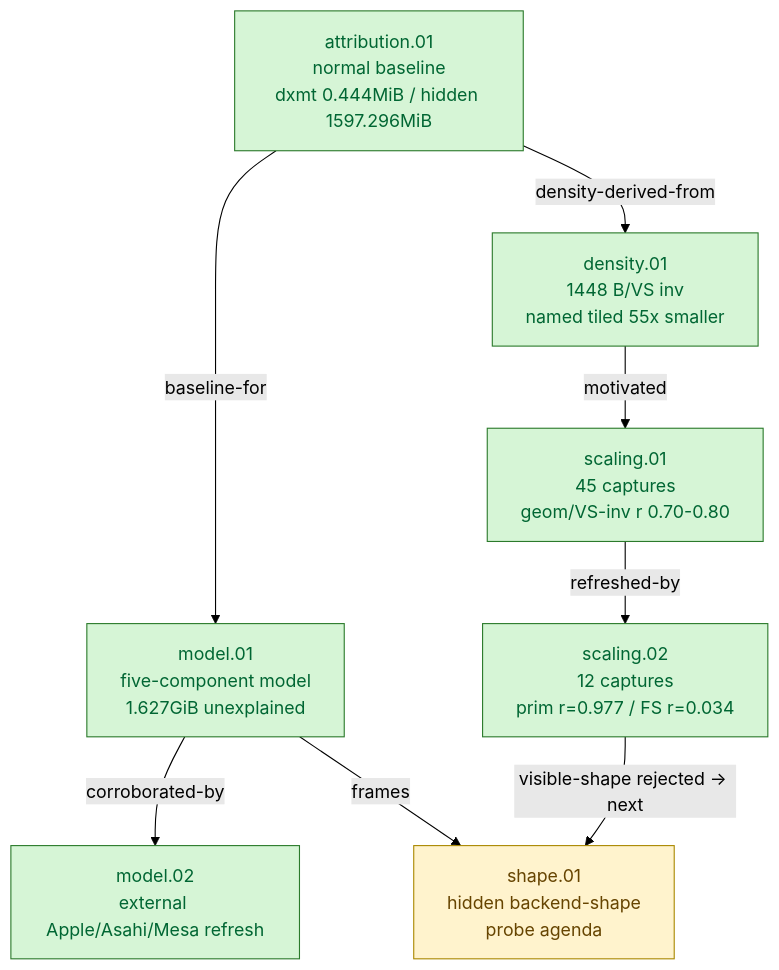
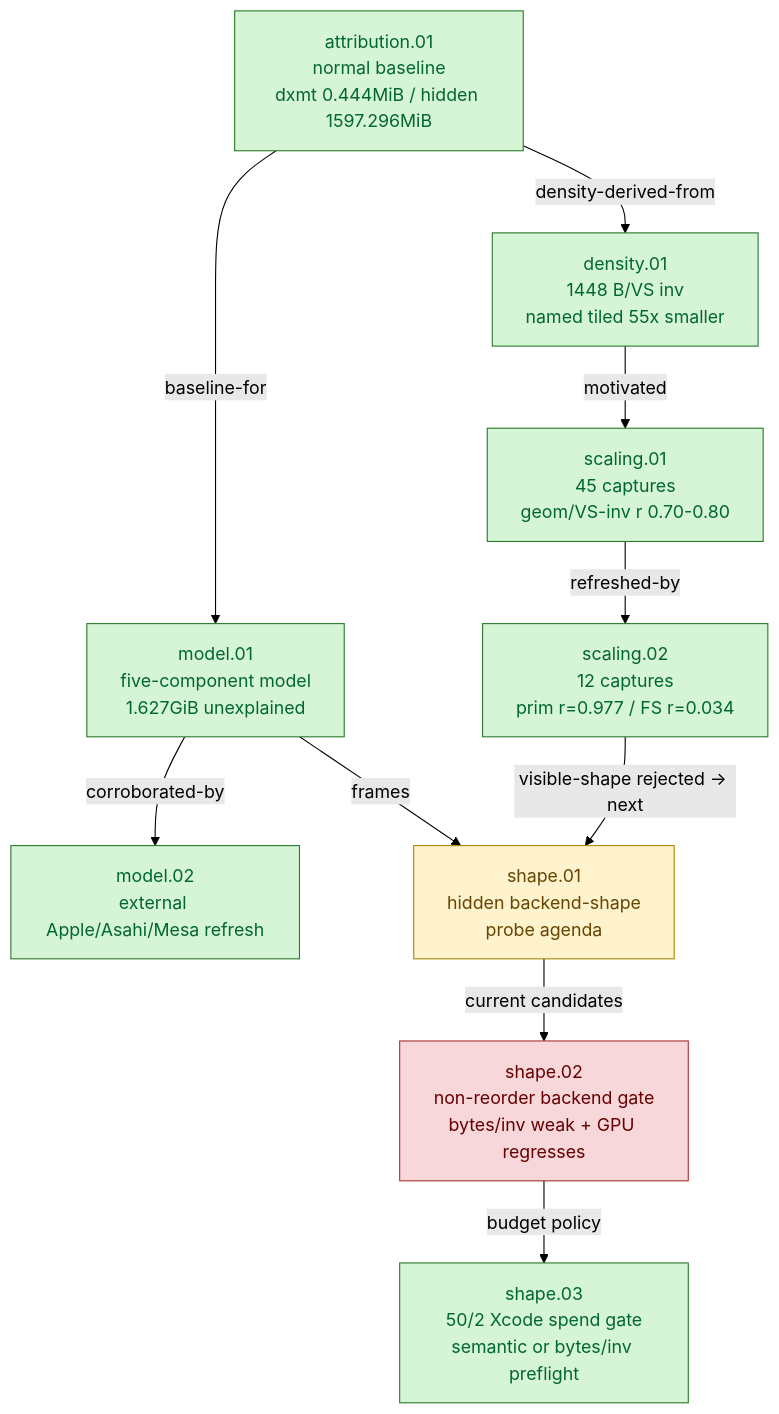
One commit to dfdgsdfg/dxmt9 changed the diagram in docs/perfomance/hidden-backend-storage.md. Above: the diagram before and after it, drawn with Mermaid (forest theme). The commit also changed other lines of this file and 92 other files, not shown here.

````diff
--- a/docs/perfomance/hidden-backend-storage.md
+++ b/docs/perfomance/hidden-backend-storage.md
@@ -51,22 +53,26 @@
 ```mermaid
 flowchart TD
   classDef accepted fill:#d6f5d6,stroke:#2b7a2b,color:#063
   classDef rejected fill:#f8d7da,stroke:#a33,color:#600
   classDef open fill:#fff3cd,stroke:#a80,color:#640
 
   Model["model.01\nfive-component model\n1.627GiB unexplained"]:::accepted
   Ext["model.02\nexternal Apple/Asahi/Mesa refresh"]:::accepted
   Attr["attribution.01\nnormal baseline\ndxmt 0.444MiB / hidden 1597.296MiB"]:::accepted
   Density["density.01\n1448 B/VS inv\nnamed tiled 55x smaller"]:::accepted
   Scale1["scaling.01\n45 captures\ngeom/VS-inv r 0.70-0.80"]:::accepted
   Scale2["scaling.02\n12 captures\nprim r=0.977 / FS r=0.034"]:::accepted
   Shape["shape.01\nhidden backend-shape\nprobe agenda"]:::open
+  ShapeGate["shape.02\nnon-reorder backend gate\nbytes/inv weak + GPU regresses"]:::rejected
+  SpendGate["shape.03\n50/2 Xcode spend gate\nsemantic or bytes/inv preflight"]:::accepted
 
   Attr -->|"baseline-for"| Model
   Model -->|"corroborated-by"| Ext
   Attr -->|"density-derived-from"| Density
   Density -->|"motivated"| Scale1
   Scale1 -->|"refreshed-by"| Scale2
   Scale2 -->|"visible-shape rejected -> next"| Shape
+  Shape -->|"current candidates"| ShapeGate
+  ShapeGate -->|"budget policy"| SpendGate
   Model -->|"frames"| Shape
 ```
````
